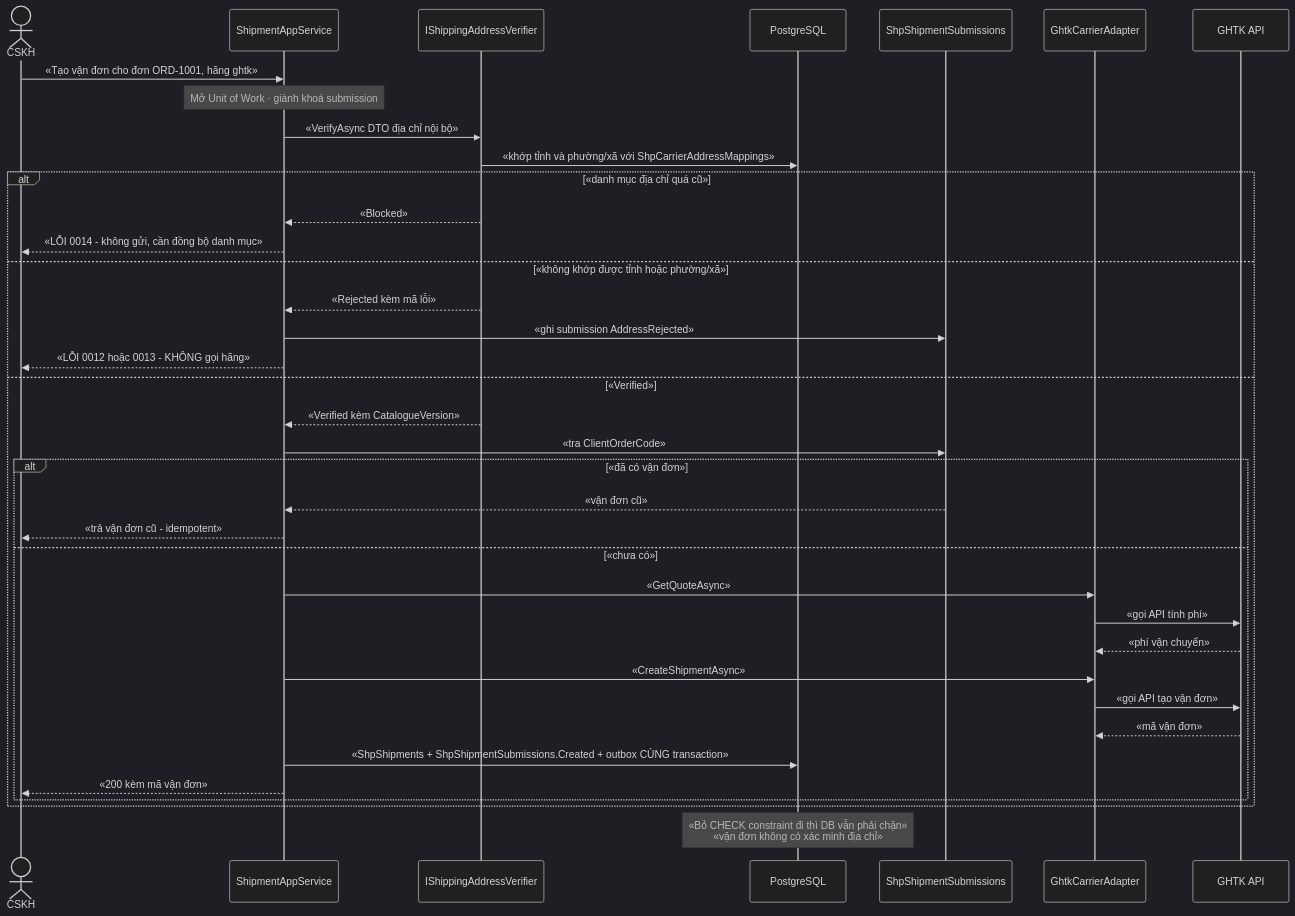
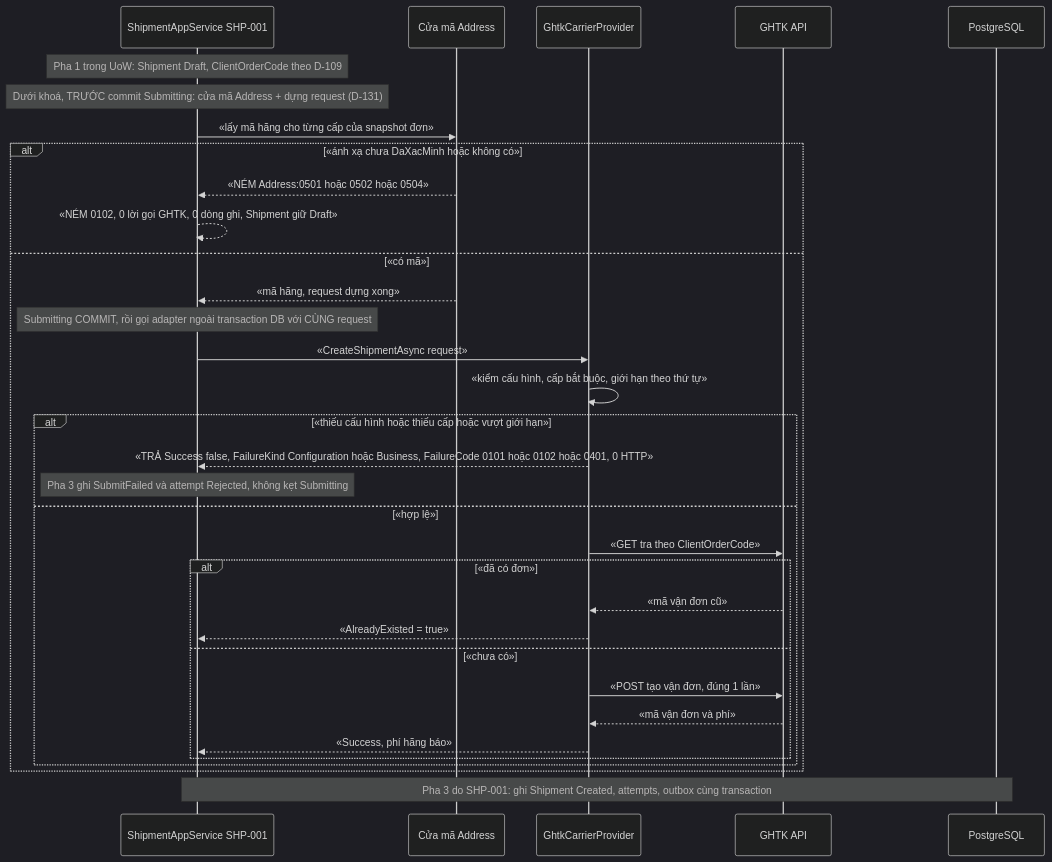
The second of 2 diagrams in docs/features/shipping/shp-004-adapter-ghtk.md (hungnt9801/eCommerce), drawn with Mermaid (dark theme) before and after one commit. The commit also changed other lines of this file and 8 other files, not shown here.

````diff
--- a/docs/features/shipping/shp-004-adapter-ghtk.md
+++ b/docs/features/shipping/shp-004-adapter-ghtk.md
@@ -216,40 +171,36 @@
 ```mermaid
 sequenceDiagram
-    actor CS as CSKH
-    participant APP as ShipmentAppService
-    participant VER as IShippingAddressVerifier
+    participant APP as ShipmentAppService SHP-001
+    participant ADR as Cửa mã Address
+    participant ADP as GhtkCarrierProvider
+    participant API as GHTK API
     participant DB as PostgreSQL
-    participant REPO as ShpShipmentSubmissions
-    participant ADP as GhtkCarrierAdapter
-    participant API as GHTK API
 
-    CS->>APP: «Tạo vận đơn cho đơn ORD-1001, hãng ghtk»
-    Note over APP: Mở Unit of Work · giành khoá submission
-    APP->>VER: «VerifyAsync DTO địa chỉ nội bộ»
-    VER->>DB: «khớp tỉnh và phường/xã với ShpCarrierAddressMappings»
-    alt «danh mục địa chỉ quá cũ»
-        VER-->>APP: «Blocked»
-        APP-->>CS: «LỖI 0014 - không gửi, cần đồng bộ danh mục»
-    else «không khớp được tỉnh hoặc phường/xã»
-        VER-->>APP: «Rejected kèm mã lỗi»
-        APP->>REPO: «ghi submission AddressRejected»
-        APP-->>CS: «LỖI 0012 hoặc 0013 - KHÔNG gọi hãng»
-    else «Verified»
-        VER-->>APP: «Verified kèm CatalogueVersion»
-        APP->>REPO: «tra ClientOrderCode»
-        alt «đã có vận đơn»
-            REPO-->>APP: «vận đơn cũ»
-            APP-->>CS: «trả vận đơn cũ - idempotent»
-        else «chưa có»
-            APP->>ADP: «GetQuoteAsync»
-            ADP->>API: «gọi API tính phí»
-            API-->>ADP: «phí vận chuyển»
-            APP->>ADP: «CreateShipmentAsync»
-            ADP->>API: «gọi API tạo vận đơn»
-            API-->>ADP: «mã vận đơn»
-            APP->>DB: «ShpShipments + ShpShipmentSubmissions.Created + outbox CÙNG transaction»
-            APP-->>CS: «200 kèm mã vận đơn»
+    Note over APP: Pha 1 trong UoW: Shipment Draft, ClientOrderCode theo D-109
+    Note over APP: Dưới khoá, TRƯỚC commit Submitting: cửa mã Address + dựng request (D-131)
+    APP->>ADR: «lấy mã hãng cho từng cấp của snapshot đơn»
+    alt «ánh xạ chưa DaXacMinh hoặc không có»
+        ADR-->>APP: «NÉM Address:0501 hoặc 0502 hoặc 0504»
+        APP-->>APP: «NÉM 0102, 0 lời gọi GHTK, 0 dòng ghi, Shipment giữ Draft»
+    else «có mã»
+        ADR-->>APP: «mã hãng, request dựng xong»
+        Note over APP: Submitting COMMIT, rồi gọi adapter ngoài transaction DB với CÙNG request
+        APP->>ADP: «CreateShipmentAsync request»
+        ADP->>ADP: «kiểm cấu hình, cấp bắt buộc, giới hạn theo thứ tự»
+        alt «thiếu cấu hình hoặc thiếu cấp hoặc vượt giới hạn»
+            ADP-->>APP: «TRẢ Success false, FailureKind Configuration hoặc Business, FailureCode 0101 hoặc 0102 hoặc 0401, 0 HTTP»
+            Note over APP: Pha 3 ghi SubmitFailed và attempt Rejected, không kẹt Submitting
+        else «hợp lệ»
+            ADP->>API: «GET tra theo ClientOrderCode»
+            alt «đã có đơn»
+                API-->>ADP: «mã vận đơn cũ»
+                ADP-->>APP: «AlreadyExisted = true»
+            else «chưa có»
+                ADP->>API: «POST tạo vận đơn, đúng 1 lần»
+                API-->>ADP: «mã vận đơn và phí»
+                ADP-->>APP: «Success, phí hãng báo»
+            end
         end
     end
-    Note over DB: «Bỏ CHECK constraint đi thì DB vẫn phải chặn»<br/>«vận đơn không có xác minh địa chỉ»
+    Note over APP,DB: Pha 3 do SHP-001: ghi Shipment Created, attempts, outbox cùng transaction
 ```
````
